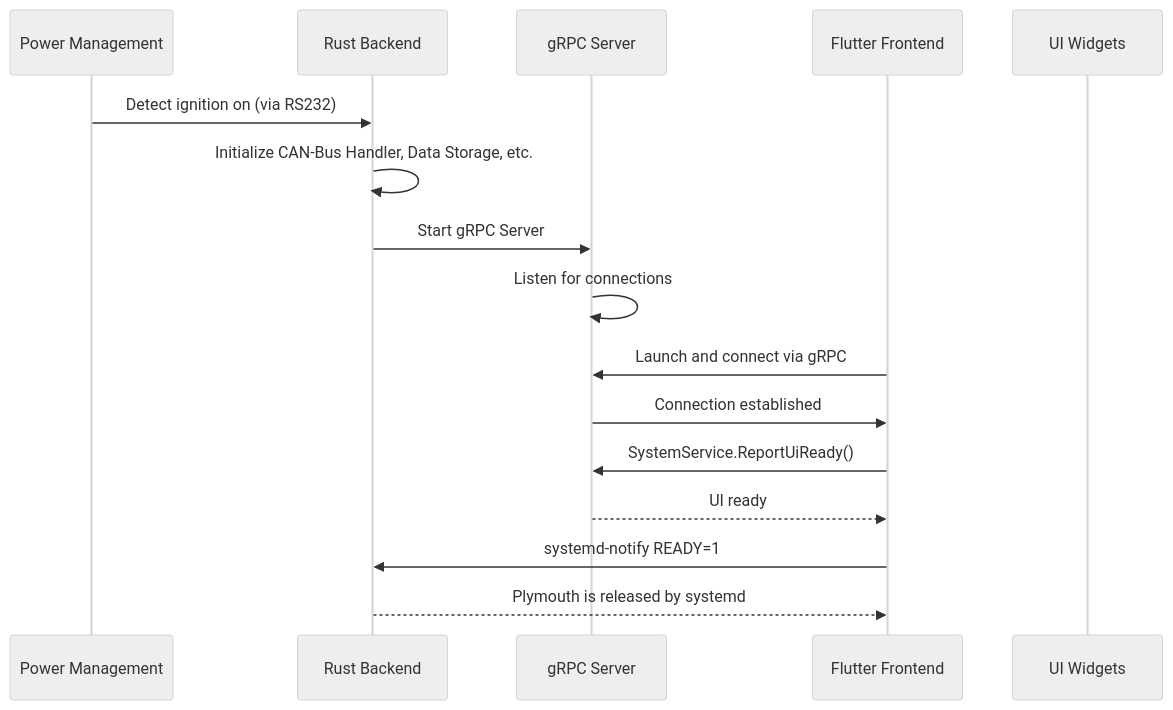
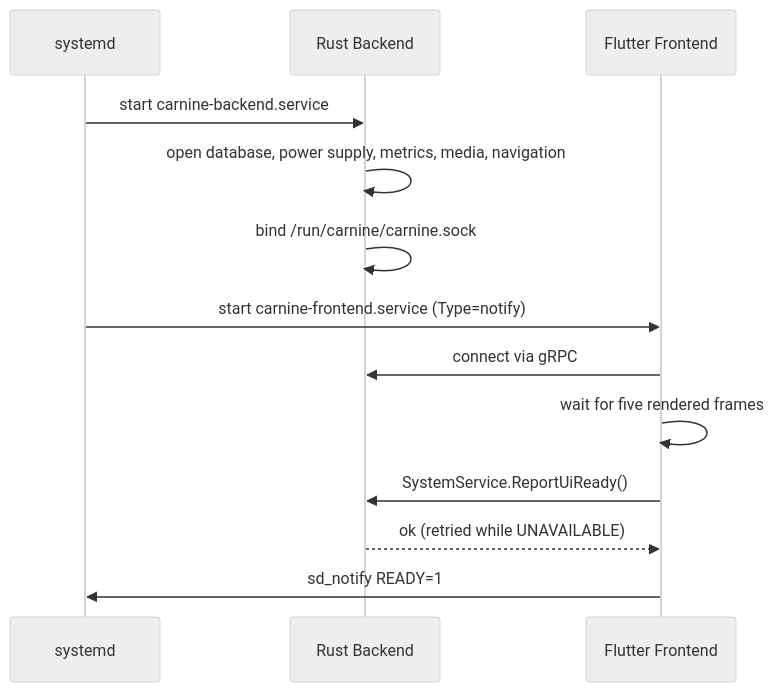
The first of 2 diagrams in docs/06-runtime.md (DerKleinePunk/carnine2), drawn with Mermaid (neutral theme) before and after one commit. The commit also changed other lines of this file and 19 other files, not shown here.

````diff
--- a/docs/06-runtime.md
+++ b/docs/06-runtime.md
@@ -145,19 +167,16 @@
 ```mermaid
 sequenceDiagram
-    participant PM as Power Management
+    participant SD as systemd
     participant RB as Rust Backend
-    participant GS as gRPC Server
     participant FF as Flutter Frontend
-    participant UI as UI Widgets
 
-    PM->>RB: Detect ignition on (via RS232)
-    RB->>RB: Initialize CAN-Bus Handler, Data Storage, etc.
-    RB->>GS: Start gRPC Server
-    GS->>GS: Listen for connections
-    FF->>GS: Launch and connect via gRPC
-    GS->>FF: Connection established
-    FF->>GS: SystemService.ReportUiReady()
-    GS-->>FF: UI ready
-    FF->>RB: systemd-notify READY=1
-    RB-->>FF: Plymouth is released by systemd
+    SD->>RB: start carnine-backend.service
+    RB->>RB: open database, power supply, metrics, media, navigation
+    RB->>RB: bind /run/carnine/carnine.sock
+    SD->>FF: start carnine-frontend.service (Type=notify)
+    FF->>RB: connect via gRPC
+    FF->>FF: wait for five rendered frames
+    FF->>RB: SystemService.ReportUiReady()
+    RB-->>FF: ok (retried while UNAVAILABLE)
+    FF->>SD: sd_notify READY=1
 ```
````
